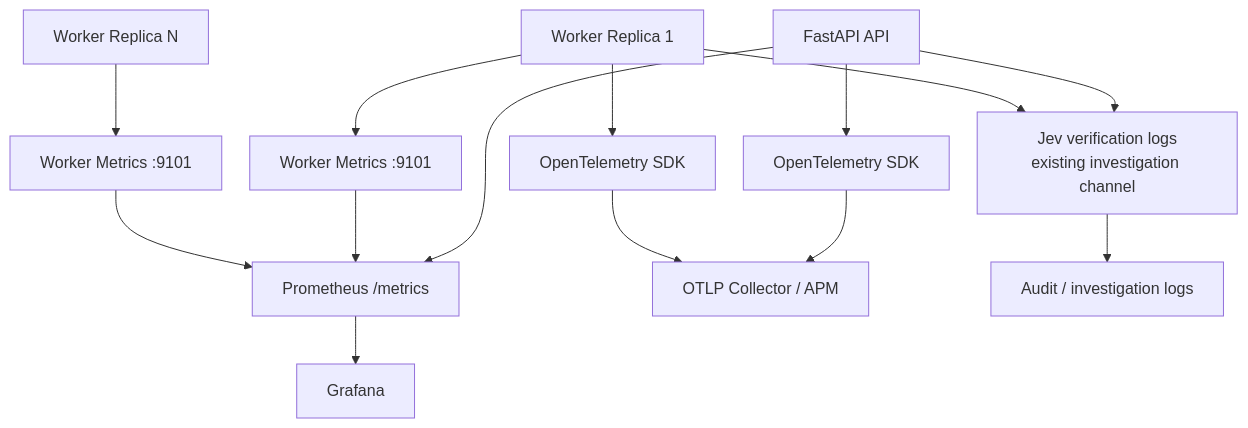
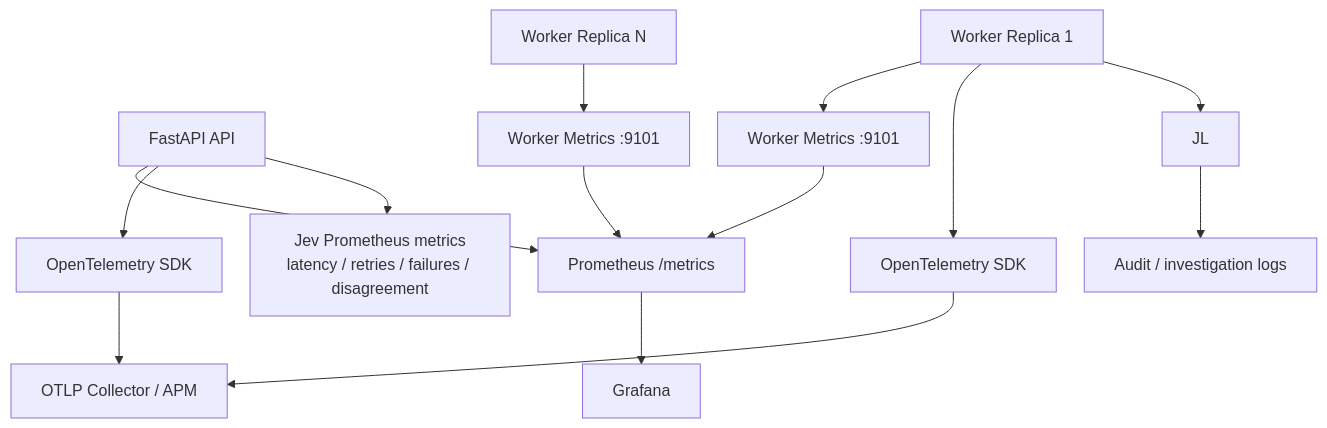
One commit to Dikshu015/RazorRisk-Agentic-AI-Payment-Fraud-Risk-Investigation-Platform changed the diagram in docs/diagrams/observability.mmd. Above: the diagram before and after it, drawn with Mermaid.

Commit message:
Update observability diagram with Jev metrics

```diff
--- a/docs/diagrams/observability.mmd
+++ b/docs/diagrams/observability.mmd
@@ -1,15 +1,15 @@
 %%{init: {'flowchart': {'nodeSpacing': 28, 'rankSpacing': 48}}}%%
 flowchart TB
     API[FastAPI API] --> PM[Prometheus /metrics]
     W1[Worker Replica 1] --> PW1[Worker Metrics :9101]
     WN[Worker Replica N] --> PWN[Worker Metrics :9101]
     PW1 --> PM
     PWN --> PM
     API --> OT[OpenTelemetry SDK]
     W1 --> OTW[OpenTelemetry SDK]
-    API --> JL[Jev verification logs<br/>existing investigation channel]
+    API --> JV[Jev Prometheus metrics<br/>latency / retries / failures / disagreement]
     W1 --> JL
     OT --> COL[OTLP Collector / APM]
     OTW --> COL
     PM --> G[Grafana]
     JL --> AUD[Audit / investigation logs]
```
